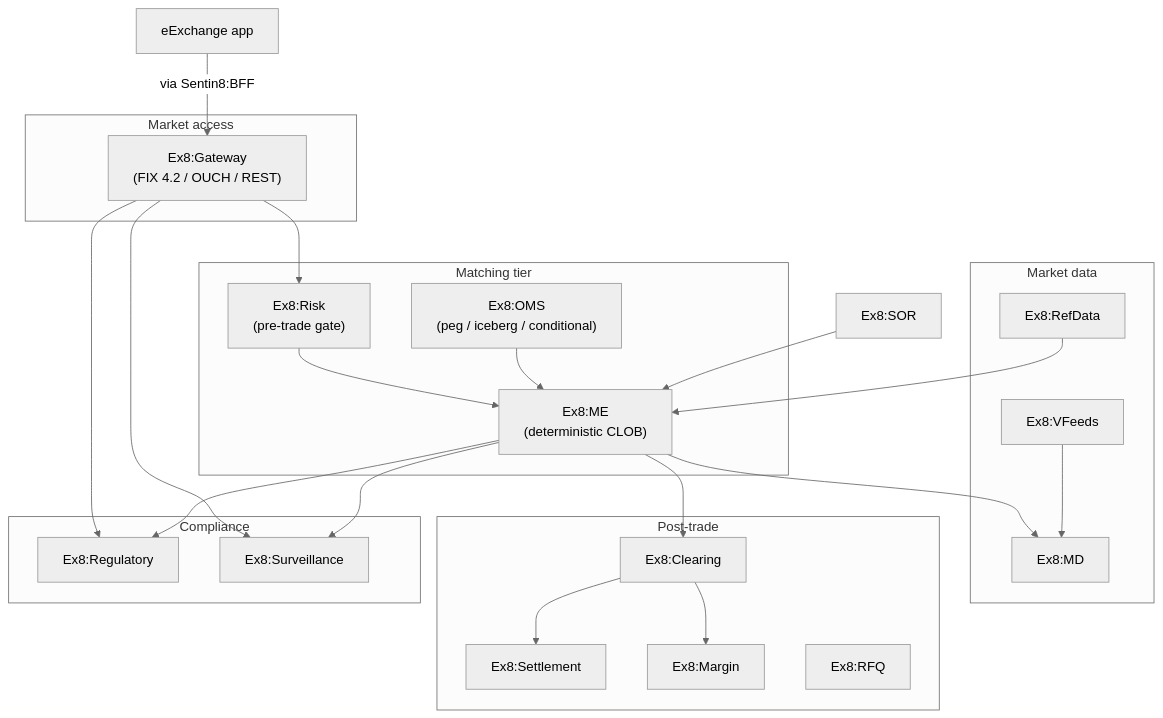
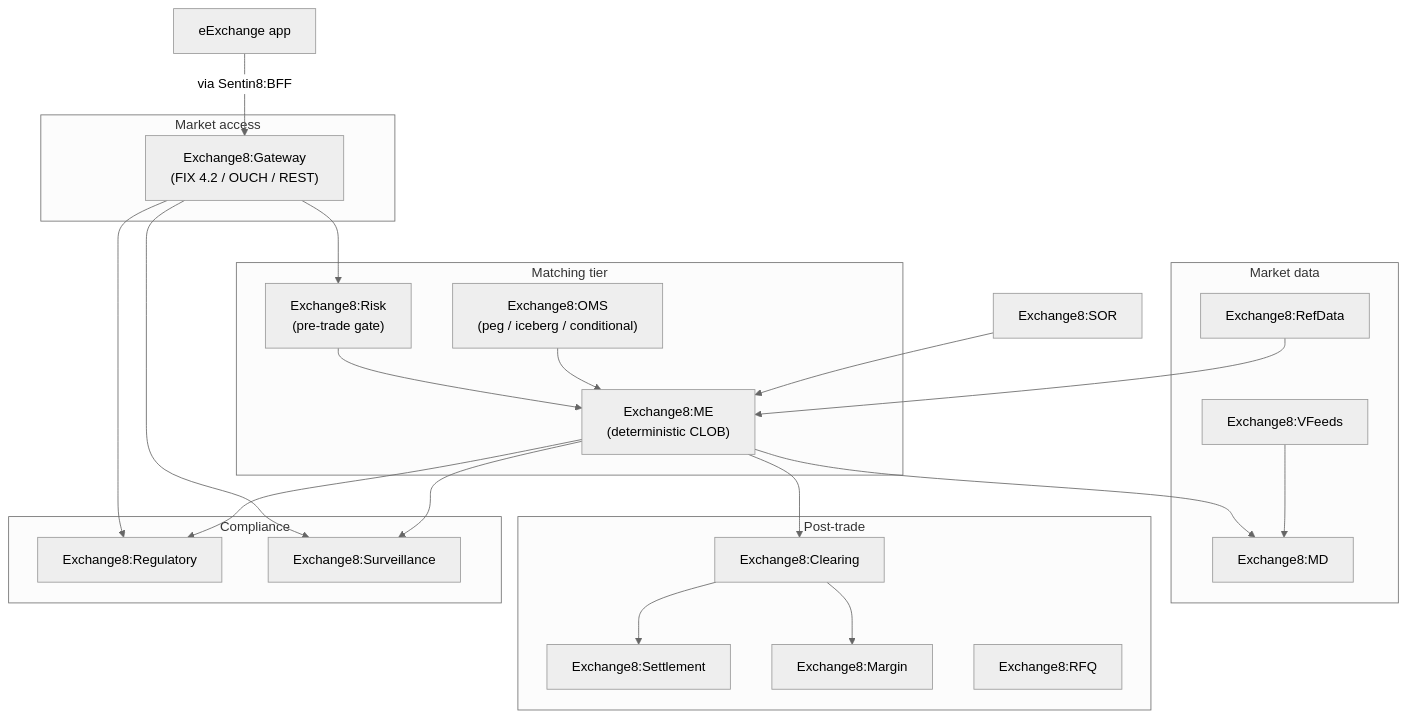
One commit to Exchange8-dev/exchange8-site changed the diagram in docs/index.md. Above: the diagram before and after it, drawn with Mermaid (neutral theme). The commit also changed 18 other files, not shown here.

````diff
--- a/docs/index.md
+++ b/docs/index.md
@@ -14,35 +14,35 @@
 ```mermaid
 graph TD
     subgraph access["Market access"]
-        GW["Ex8:Gateway<br/>(FIX 4.2 / OUCH / REST)"]
+        GW["Exchange8:Gateway<br/>(FIX 4.2 / OUCH / REST)"]
     end
     subgraph matching["Matching tier"]
-        OMS["Ex8:OMS<br/>(peg / iceberg / conditional)"]
-        ME["Ex8:ME<br/>(deterministic CLOB)"]
-        RISK["Ex8:Risk<br/>(pre-trade gate)"]
+        OMS["Exchange8:OMS<br/>(peg / iceberg / conditional)"]
+        ME["Exchange8:ME<br/>(deterministic CLOB)"]
+        RISK["Exchange8:Risk<br/>(pre-trade gate)"]
     end
     subgraph data["Market data"]
-        MD["Ex8:MD"]
-        VF["Ex8:VFeeds"]
-        RD["Ex8:RefData"]
+        MD["Exchange8:MD"]
+        VF["Exchange8:VFeeds"]
+        RD["Exchange8:RefData"]
     end
     subgraph post["Post-trade"]
-        CLR["Ex8:Clearing"]
-        SET["Ex8:Settlement"]
-        MAR["Ex8:Margin"]
-        RFQ["Ex8:RFQ"]
+        CLR["Exchange8:Clearing"]
+        SET["Exchange8:Settlement"]
+        MAR["Exchange8:Margin"]
+        RFQ["Exchange8:RFQ"]
     end
     subgraph compliance["Compliance"]
-        REG["Ex8:Regulatory"]
-        SUR["Ex8:Surveillance"]
+        REG["Exchange8:Regulatory"]
+        SUR["Exchange8:Surveillance"]
     end
     APP["eExchange app"] -->|"via Sentin8:BFF"| GW
     GW --> RISK --> ME
     OMS --> ME
-    SOR["Ex8:SOR"] --> ME
+    SOR["Exchange8:SOR"] --> ME
     ME --> MD & CLR
     CLR --> SET & MAR
     GW & ME --> REG & SUR
     VF --> MD
     RD --> ME
 ```
````
